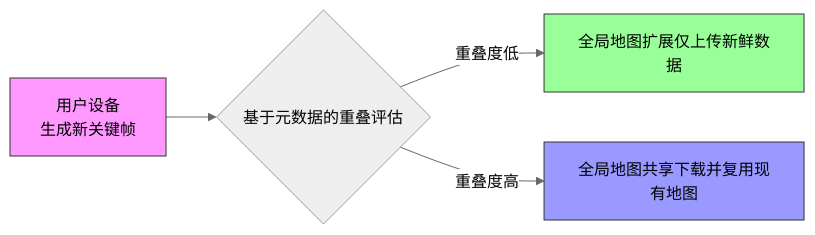
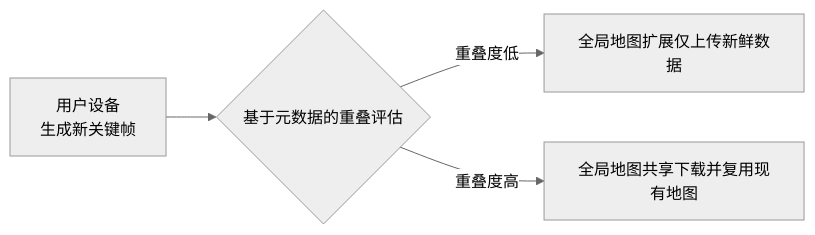
One commit to zhaolin191544/csgo changed the fourth of 8 diagrams in slides.md. Above: the diagram before and after it, drawn with Mermaid (neutral theme). The commit also changed other lines of this file and 2 other files, not shown here.

````diff
--- a/slides.md
+++ b/slides.md
@@ -281,10 +294,6 @@
 ```mermaid
 graph LR
     A[用户设备<br>生成新关键帧] --> B{基于元数据的重叠评估};
     B -- 重叠度低 --> C[全局地图扩展仅上传新鲜数据];
     B -- 重叠度高 --> D[全局地图共享下载并复用现有地图];
-
-    style A fill:#f9f,stroke:#333
-    style C fill:#9f9,stroke:#333
-    style D fill:#99f,stroke:#333
 ```
````
